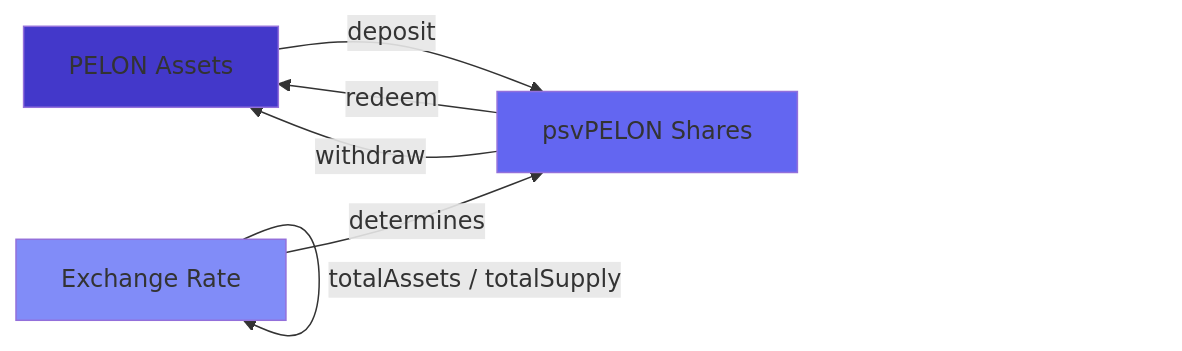
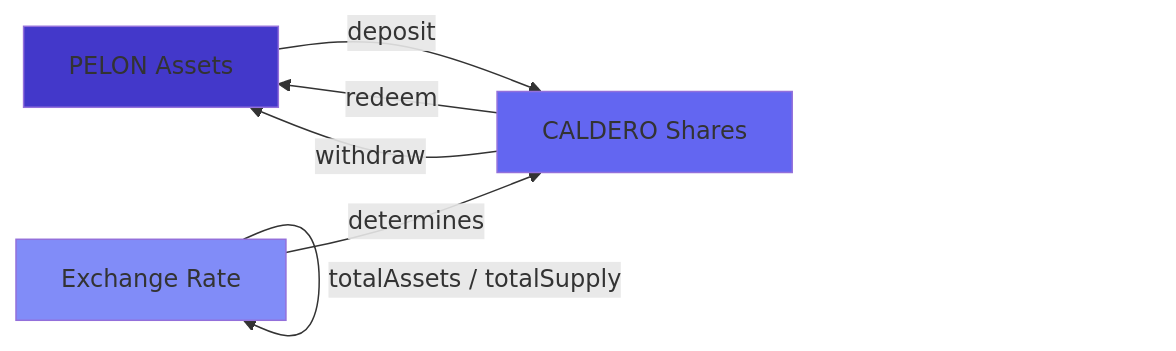
One commit to PelonClub/PelonClub-BaseNetwork-Monorepo changed the second of 5 diagrams in docs/en/staking-vault-user-guide.md. Above: the diagram before and after it, drawn with Mermaid. The commit also changed other lines of this file and 9 other files, not shown here.

````diff
--- a/docs/en/staking-vault-user-guide.md
+++ b/docs/en/staking-vault-user-guide.md
@@ -96,12 +92,12 @@
 ```mermaid
 graph LR
-    A[PELON Assets] -->|deposit| B[psvPELON Shares]
+    A[PELON Assets] -->|deposit| B[CALDERO Shares]
     B -->|redeem| A
     B -->|withdraw| A
     C[Exchange Rate] -->|determines| B
     C -->|totalAssets / totalSupply| C
     
     style A fill:#4338ca
     style B fill:#6366f1
     style C fill:#818cf8
 ```
````
